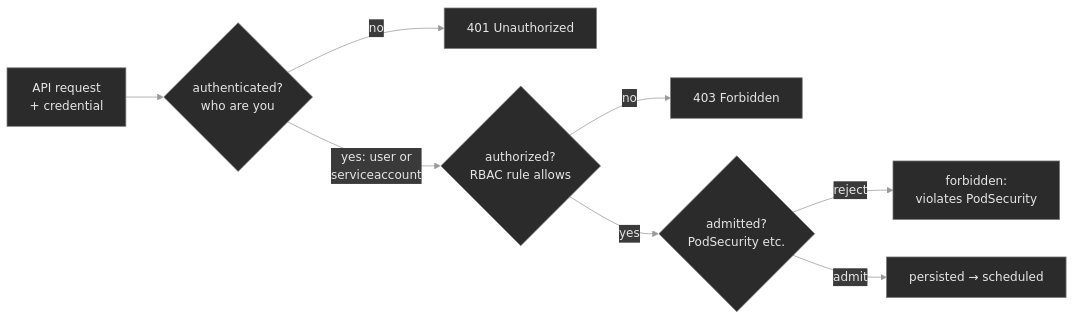
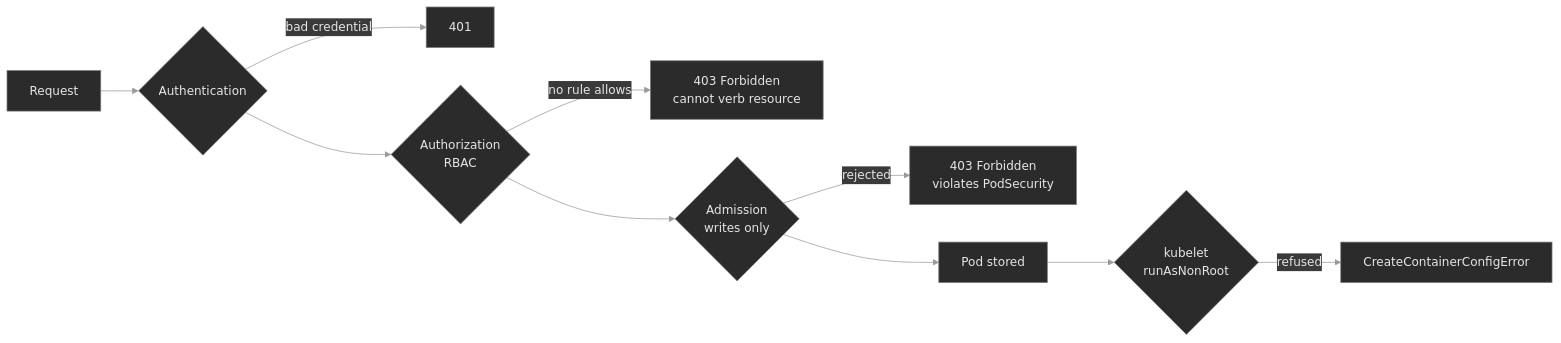
One commit to debozkurt/killercoda-k8s changed the diagram in m10-security-rbac/LESSON.md. Above: the diagram before and after it, drawn with Mermaid. The commit also changed other lines of this file and 60 other files, not shown here.

````diff
--- a/m10-security-rbac/LESSON.md
+++ b/m10-security-rbac/LESSON.md
@@ -57,16 +54,18 @@
 ```mermaid
 %%{init: {'theme':'base', 'themeVariables': {
   'primaryColor':'#2b2b2b', 'primaryTextColor':'#e6e6e6',
   'primaryBorderColor':'#7a7a7a', 'lineColor':'#9a9a9a',
   'secondaryColor':'#3a3a3a', 'tertiaryColor':'#1f1f1f',
   'background':'#0f0f0f'
 }}}%%
 flowchart LR
-    R[API request<br/>+ credential] --> A1{authenticated?<br/>who are you}
-    A1 -->|no| E1[401 Unauthorized]
-    A1 -->|yes: user or<br/>serviceaccount| A2{authorized?<br/>RBAC rule allows}
-    A2 -->|no| E2[403 Forbidden]
-    A2 -->|yes| A3{admitted?<br/>PodSecurity etc.}
-    A3 -->|reject| E3[forbidden:<br/>violates PodSecurity]
-    A3 -->|admit| S[persisted → scheduled]
+    R[Request] --> A1{Authentication}
+    A1 -->|bad credential| E1[401]
+    A1 --> A2{Authorization<br/>RBAC}
+    A2 -->|no rule allows| E2[403 Forbidden<br/>cannot verb resource]
+    A2 --> A3{Admission<br/>writes only}
+    A3 -->|rejected| E3[403 Forbidden<br/>violates PodSecurity]
+    A3 --> P[Pod stored]
+    P --> K{kubelet<br/>runAsNonRoot}
+    K -->|refused| E4[CreateContainerConfigError]
 ```
````
